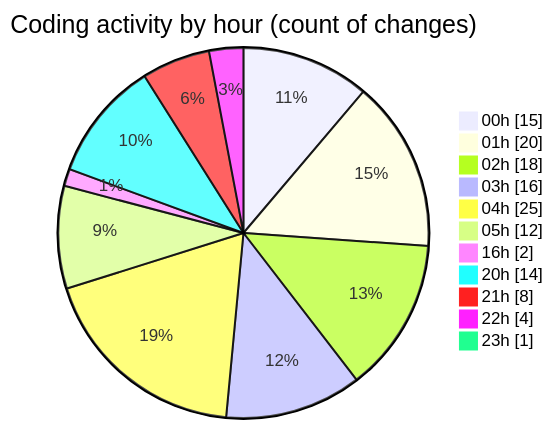
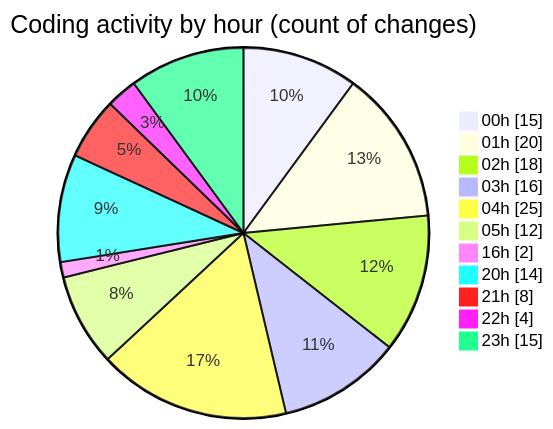
One commit to lephambinh05/code-tracking changed the second of 2 diagrams in 2025-08-04/studybuddy/README.md. Above: the diagram before and after it, drawn with Mermaid. The commit also changed other lines of this file and 1 other file, not shown here.

````diff
--- a/2025-08-04/studybuddy/README.md
+++ b/2025-08-04/studybuddy/README.md
@@ -59,15 +64,15 @@
 ```mermaid
 pie showData
 title Coding activity by hour (count of changes)
 "00h" : 15
 "01h" : 20
 "02h" : 18
 "03h" : 16
 "04h" : 25
 "05h" : 12
 "16h" : 2
 "20h" : 14
 "21h" : 8
 "22h" : 4
-"23h" : 1
+"23h" : 15
 ```
````
